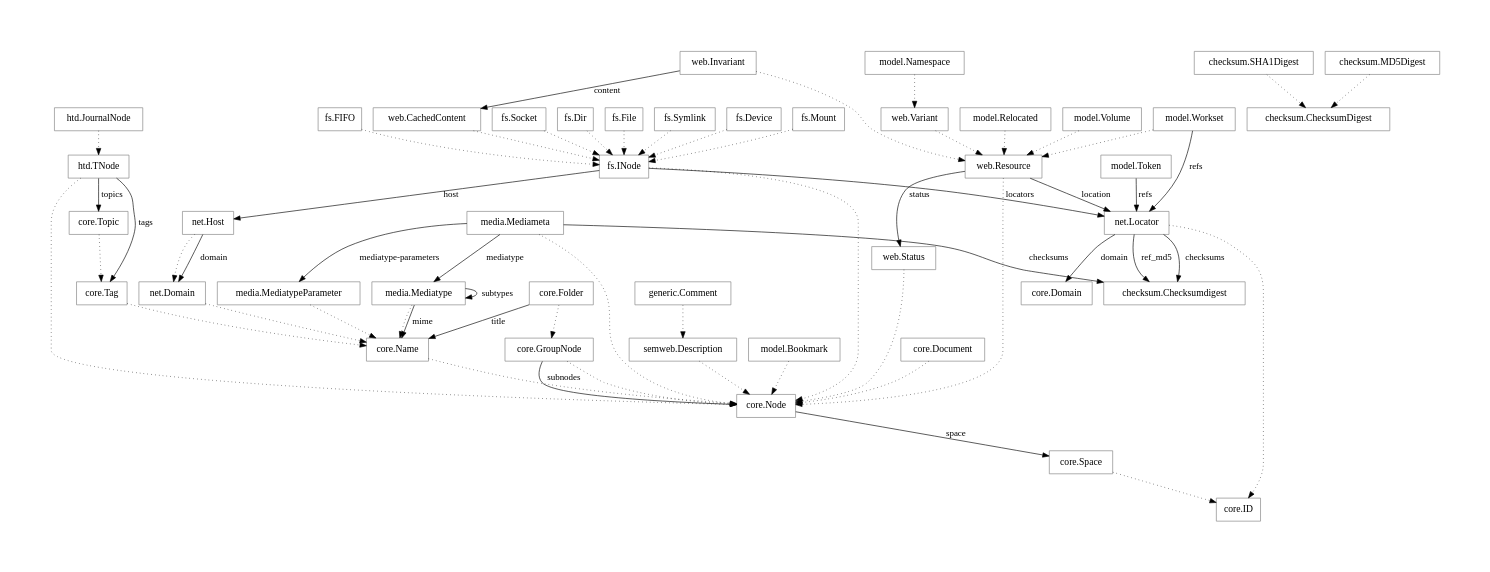
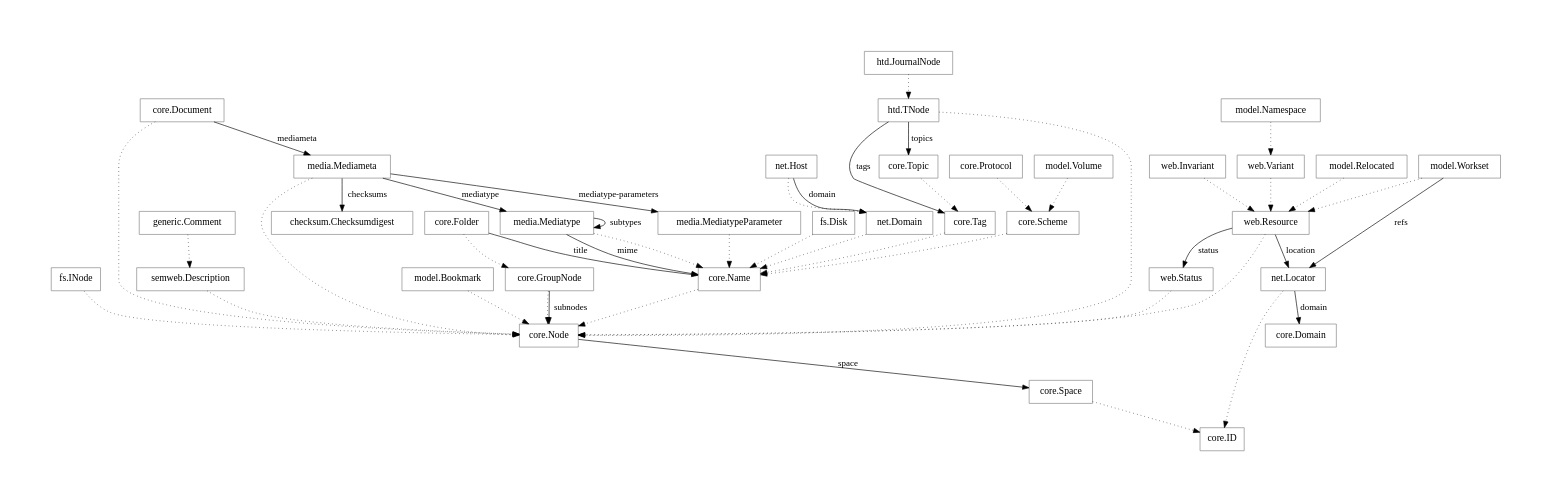
The diagram in doc/taxus-classes.en.dot.gv (dotmpe/script-mpe), drawn with Graphviz before and after one commit.

```diff
--- a/doc/taxus-classes.en.dot.gv
+++ b/doc/taxus-classes.en.dot.gv
@@ -1,108 +1,113 @@
 digraph "doc_taxus_classes_en_dot" {
 	graph [
 		fontsize = "14"
 		fontname = "Times-Roman"
 		fontcolor = "black"
     pad = 1
 	]
 	node [
 		fontsize = "15"
 		fontname = "Bitstream Vera Sans"
 		shape = "record"
 		style = "solid"
 		color = "grey"
 	]
 	edge [
 		fontsize = "14"
 		fontname = "Bitstream Vera Sans"
 		style = "dotted"
 		weight = "4"
 	]
 
 	"core.Node" ; //-> SQLBase ;
 	"core.ID" ; //-> SQLBase ;
 
   "core.GroupNode" -> "core.Node" ;
   "core.Folder" -> "core.GroupNode" ;
   "core.Space" -> "core.ID" ;
 
   "core.Name" -> "core.Node" ;
+  "core.Scheme" -> "core.Name" ;
+  "core.Protocol" -> "core.Scheme" ;
+
   "core.Tag" -> "core.Name" ;
   "core.Topic" -> "core.Tag" ;
   "core.Document" -> "core.Node" ;
 
-	"checksum.ChecksumDigest" ; //-> SQLBase ;
-  "checksum.SHA1Digest" -> "checksum.ChecksumDigest" ;
-  "checksum.MD5Digest" -> "checksum.ChecksumDigest" ;
+//	"checksum.ChecksumDigest" ; //-> SQLBase ;
+//  "checksum.SHA1Digest" -> "checksum.ChecksumDigest" ;
+//  "checksum.MD5Digest" -> "checksum.ChecksumDigest" ;
 
   "fs.INode" -> "core.Node" ;
-  "fs.Dir" -> "fs.INode" ;
-  "fs.File" -> "fs.INode" ;
-  "fs.Symlink" -> "fs.INode" ;
-  "fs.Device" -> "fs.INode" ;
-  "fs.Mount" -> "fs.INode" ;
-  "fs.FIFO" -> "fs.INode" ;
-  "fs.Socket" -> "fs.INode" ;
+  "fs.Disk" -> "core.Name" ;
 
-  "web.CachedContent" -> "fs.INode" ;
+//  "fs.Dir" -> "fs.INode" ;
+//  "fs.File" -> "fs.INode" ;
+//  "fs.Symlink" -> "fs.INode" ;
+//  "fs.Device" -> "fs.INode" ;
+//  "fs.Mount" -> "fs.INode" ;
+//  "fs.FIFO" -> "fs.INode" ;
+//  "fs.Socket" -> "fs.INode" ;
+
+//  "web.CachedContent" -> "fs.INode" ;
   "web.Status" -> "core.Node" ;
   "web.Resource" -> "core.Node" ;
   "web.Invariant" -> "web.Resource" ;
   "web.Variant" -> "web.Resource" ;
 
   "semweb.Description" -> "core.Node" ;
   "generic.Comment" -> "semweb.Description" ;
 
   "net.Domain" -> "core.Name" ;
   "net.Host" -> "net.Domain" ;
   "net.Locator" -> "core.ID" ;
 
   "model.Namespace" -> "web.Variant" ;
   "model.Relocated" -> "web.Resource" ;
-  "model.Volume" -> "web.Resource" ;
+  "model.Volume" -> "core.Scheme" ;
   "model.Bookmark" -> "core.Node" ;
   "model.Workset" -> "web.Resource" ;
-	"model.Token" ; //-> SQLBase ;
+//	"model.Token" ; //-> SQLBase ;
 
   "media.Mediatype" -> "core.Name" [] ;
   "media.MediatypeParameter" -> "core.Name" [] ;
   //"media.Genre" -> "core.Name" [] ;
   "media.Mediameta" -> "core.Node" [] ;
 
   "htd.TNode" -> "core.Node" ;
   "htd.JournalNode" -> "htd.TNode" ;
 
 
   edge [ style="normal" ] ;
 
   "core.Node" -> "core.Space" [ label="space" ];
   "core.GroupNode" -> "core.Node" [ label="subnodes" ];
   "core.Folder" -> "core.Name" [ label=title ] ;
+  "core.Document" -> "media.Mediameta" [ label=mediameta ] ;
 
-  "fs.INode" -> "net.Host" [ label="host" ];
+ // "fs.INode" -> "net.Host" [ label="host" ];
   "net.Host" -> "net.Domain" [ label="domain" ];
-  "fs.INode" -> "net.Locator" [ label="locators" ];
+//  "fs.INode" -> "net.Locator" [ label="locators" ];
 
   "htd.TNode" -> "core.Tag" [ label="tags" ];
   "htd.TNode" -> "core.Topic" [ label="topics" ];
 
   "media.Mediatype" -> "core.Name" [ label=mime ] ;
   "media.Mediatype" -> "media.Mediatype" [ label=subtypes ] ;
 
   "media.Mediameta" -> "checksum.Checksumdigest" [ label=checksums ] ;
   "media.Mediameta" -> "media.Mediatype" [ label=mediatype ] ;
   "media.Mediameta" -> "media.MediatypeParameter" [ label="mediatype-parameters" ] ;
-
   //"media.Mediameta" -> "media.Genre" [ label=genres ] ;
 
   "model.Workset" -> "net.Locator" [ label=refs ] ;
-  "model.Token" -> "net.Locator" [ label=refs ] ;
+//  "model.Token" -> "net.Locator" [ label=refs ] ;
 
-  "net.Locator" -> "checksum.Checksumdigest" [ label=ref_md5 ] ;
-  "net.Locator" -> "checksum.Checksumdigest" [ label=checksums ] ;
+//  "net.Locator" -> "checksum.Checksumdigest" [ label=ref_md5 ] ;
+//  "net.Locator" -> "checksum.Checksumdigest" [ label=checksums ] ;
   "net.Locator" -> "core.Domain" [ label=domain ] ;
 
   "web.Resource" -> "web.Status" [ label=status ] ;
   "web.Resource" -> "net.Locator" [ label=location ] ;
-  "web.Invariant" -> "web.CachedContent" [ label=content ] ;
+//  "web.Invariant" -> "web.CachedContent" [ label=content ] ;
 }
```
